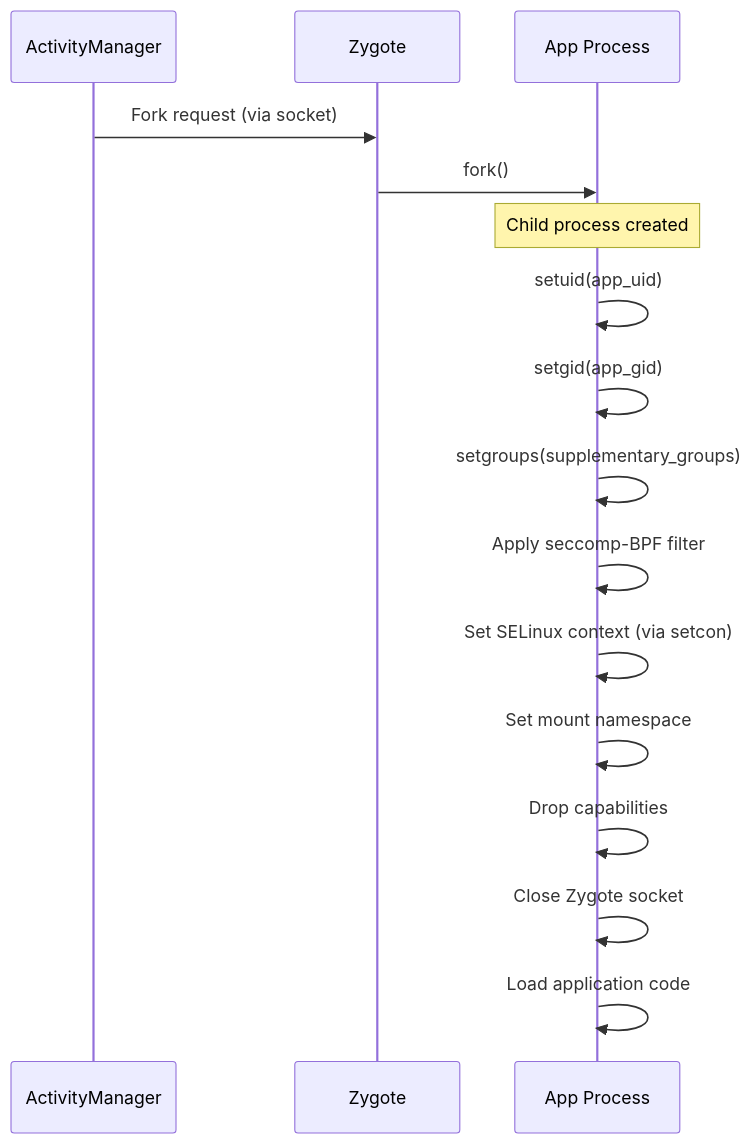
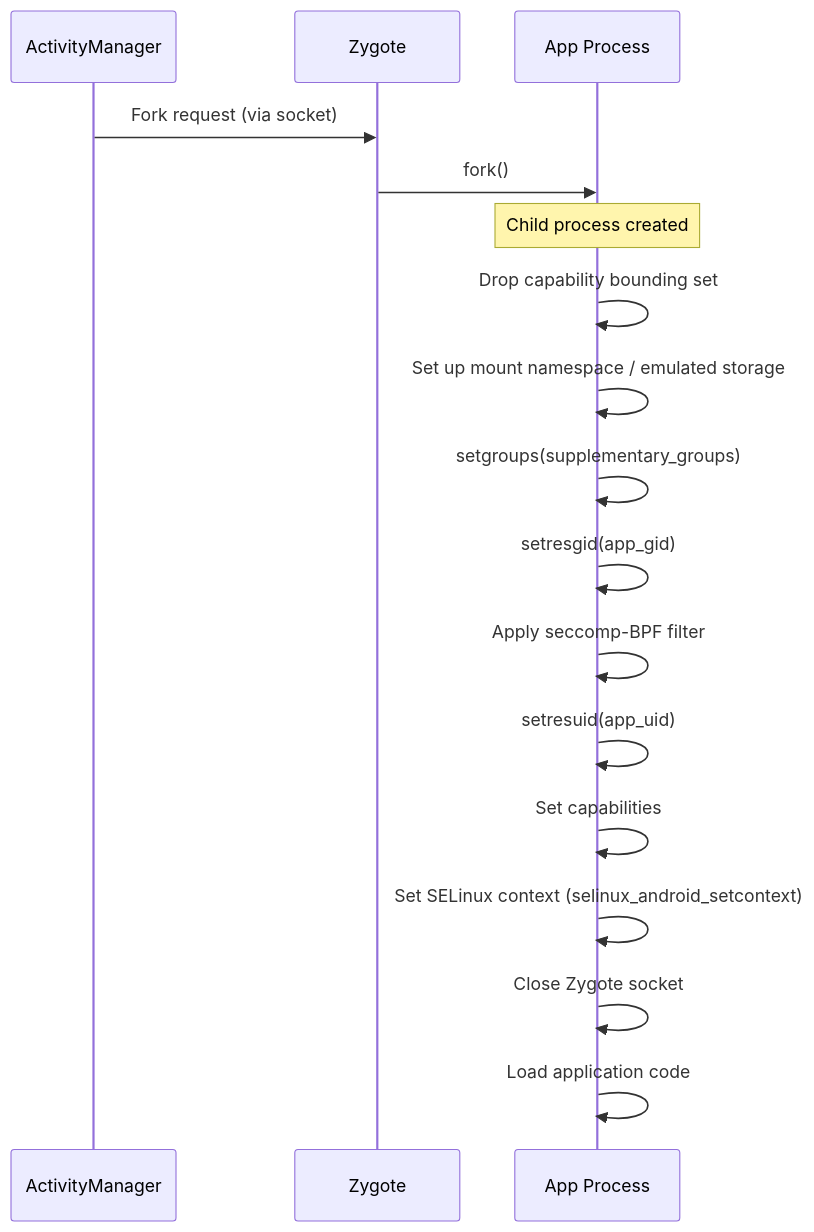
One commit to aospbooks/aosp-internal-book changed diagram 21 of 39 in agents/claude/skills/aosp-security/40-security.md. Above: the diagram before and after it, drawn with Mermaid. The commit also changed other lines of this file and 218 other files, not shown here.

````diff
--- a/agents/claude/skills/aosp-security/40-security.md
+++ b/agents/claude/skills/aosp-security/40-security.md
@@ -2712,19 +2739,20 @@
 ```mermaid
 sequenceDiagram
     participant AM as ActivityManager
     participant Zygote
     participant Child as App Process
 
     AM->>Zygote: Fork request (via socket)
     Zygote->>Child: fork()
     Note over Child: Child process created
-    Child->>Child: setuid(app_uid)
-    Child->>Child: setgid(app_gid)
+    Child->>Child: Drop capability bounding set
+    Child->>Child: Set up mount namespace / emulated storage
     Child->>Child: setgroups(supplementary_groups)
+    Child->>Child: setresgid(app_gid)
     Child->>Child: Apply seccomp-BPF filter
-    Child->>Child: Set SELinux context (via setcon)
-    Child->>Child: Set mount namespace
-    Child->>Child: Drop capabilities
+    Child->>Child: setresuid(app_uid)
+    Child->>Child: Set capabilities
+    Child->>Child: Set SELinux context (selinux_android_setcontext)
     Child->>Child: Close Zygote socket
     Child->>Child: Load application code
 ```
````
